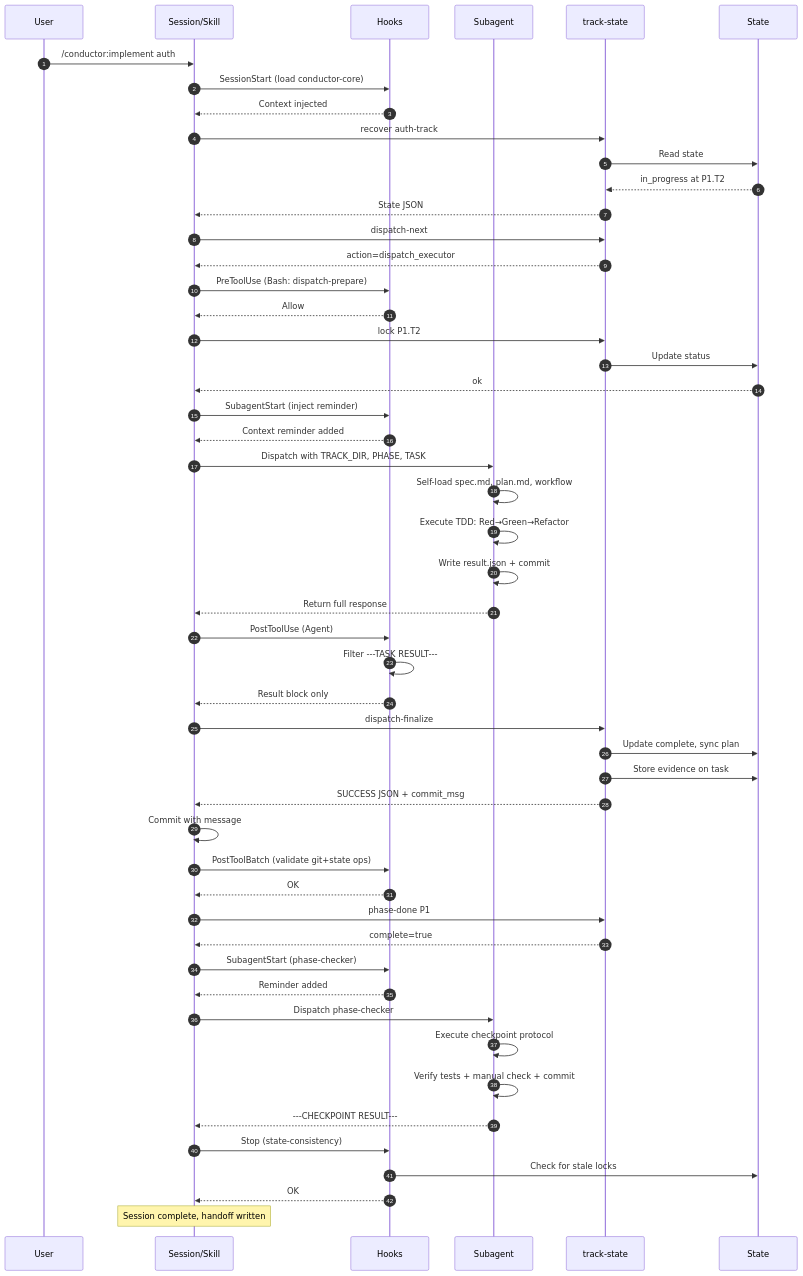
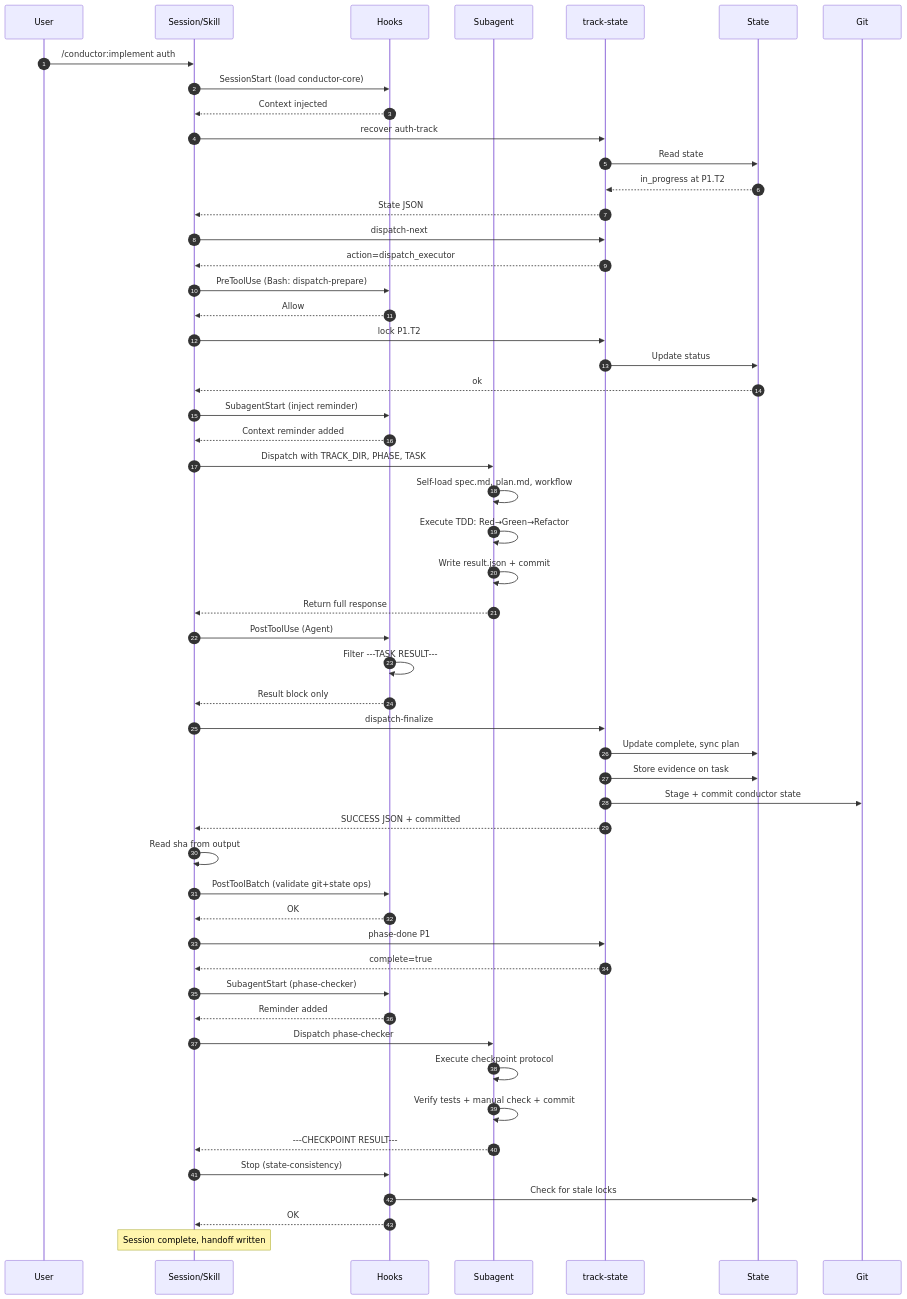
The ninth of 9 diagrams in developer/architecture/INTERACTION_MECHANISM.md (AtaraxiaEpiphany/conductor), drawn with Mermaid before and after one commit. The commit also changed other lines of this file and 2 other files, not shown here.

Commit message:
fix(dispatch): prevent missing checkpoints and duplicate subtask SHAs
Two issues addressed:

1. Missing [checkpoint <sha>] on phase headings: checkpoint detection
   now happens in three additional places — cmd_defer output includes
   phase_checkpoint_pending, cmd_dispatch_next checks after
   parent-complete auto-completion, and cmd_dispatch_finalize checks
   after task completion. This ensures the orchestrator always sees
   pending checkpoints even if it skips the Phase Boundary step.

2. Duplicate SHA across sibling subtasks: dispatch-finalize now
   creates the conductor commit internally (staging only
   conductor-managed files: track-state.json, plan.md, .conductor/,
   issues.md) instead of returning commit_msg for the orchestrator to
   commit. Each subtask gets the unique conductor commit SHA via
   git rev-parse --short=7 HEAD, with _has_sibling_sha() detecting
   and replacing duplicates.

Updates SKILL.md and INTERACTION_MECHANISM.md to reflect the new flow
where dispatch-finalize commits internally and returns committed:true/false
instead of commit_msg.

````diff
--- a/developer/architecture/INTERACTION_MECHANISM.md
+++ b/developer/architecture/INTERACTION_MECHANISM.md
@@ -531,54 +531,55 @@
 ```mermaid
 sequenceDiagram
     autonumber
     participant U as User
     participant S as Session/Skill
     participant H as Hooks
     participant SA as Subagent
     participant CLI as track-state
     participant ST as State
 
     U->>S: /conductor:implement auth
     S->>H: SessionStart (load conductor-core)
     H-->>S: Context injected
     S->>CLI: recover auth-track
     CLI->>ST: Read state
     ST-->>CLI: in_progress at P1.T2
     CLI-->>S: State JSON
     S->>CLI: dispatch-next
     CLI-->>S: action=dispatch_executor
     S->>H: PreToolUse (Bash: dispatch-prepare)
     H-->>S: Allow
     S->>CLI: lock P1.T2
     CLI->>ST: Update status
     ST-->>S: ok
     S->>H: SubagentStart (inject reminder)
     H-->>S: Context reminder added
     S->>SA: Dispatch with TRACK_DIR, PHASE, TASK
     SA->>SA: Self-load spec.md, plan.md, workflow
     SA->>SA: Execute TDD: Red→Green→Refactor
     SA->>SA: Write result.json + commit
     SA-->>S: Return full response
     S->>H: PostToolUse (Agent)
     H->>H: Filter ---TASK RESULT---
     H-->>S: Result block only
     S->>CLI: dispatch-finalize
     CLI->>ST: Update complete, sync plan
     CLI->>ST: Store evidence on task
-    CLI-->>S: SUCCESS JSON + commit_msg
-    S->>S: Commit with message
+    CLI->>Git: Stage + commit conductor state
+    CLI-->>S: SUCCESS JSON + committed
+    S->>S: Read sha from output
     S->>H: PostToolBatch (validate git+state ops)
     H-->>S: OK
     S->>CLI: phase-done P1
     CLI-->>S: complete=true
     S->>H: SubagentStart (phase-checker)
     H-->>S: Reminder added
     S->>SA: Dispatch phase-checker
     SA->>SA: Execute checkpoint protocol
     SA->>SA: Verify tests + manual check + commit
     SA-->>S: ---CHECKPOINT RESULT---
     S->>H: Stop (state-consistency)
     H->>ST: Check for stale locks
     H-->>S: OK
     Note over S: Session complete, handoff written
 ```
````
